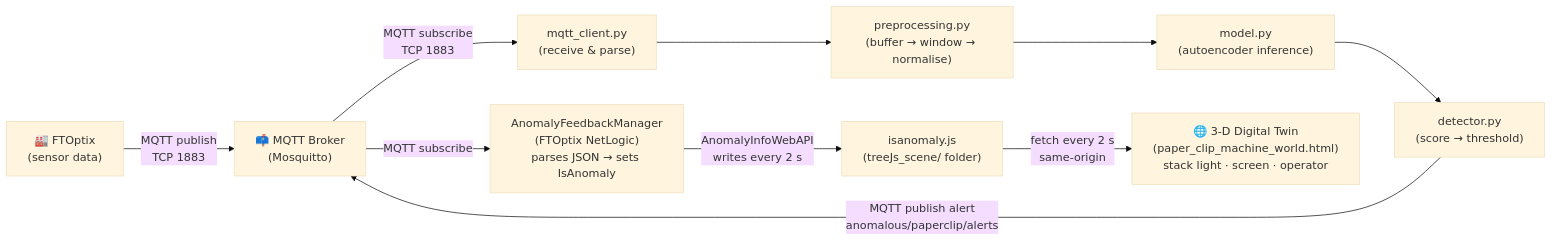
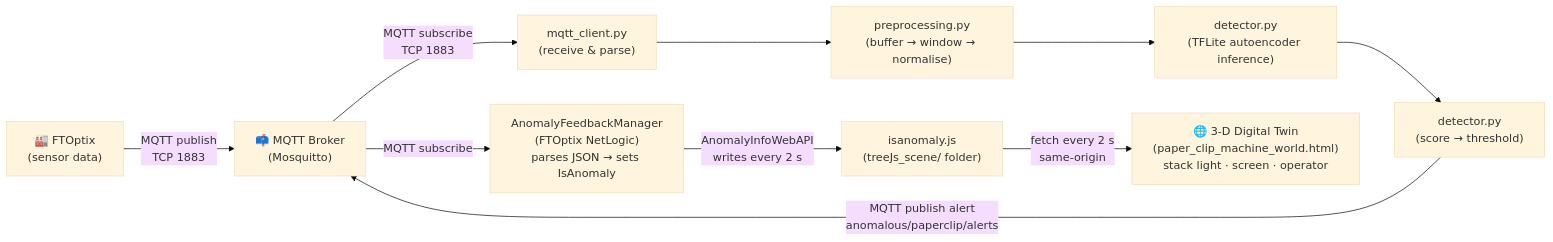
One commit to massimovar/machine_learning_simple_anomaly_detection changed the diagram in README.md. Above: the diagram before and after it, drawn with Mermaid (base theme). The commit also changed other lines of this file and 11 other files, not shown here.

````diff
--- a/README.md
+++ b/README.md
@@ -336,12 +336,12 @@
 ```mermaid
 flowchart LR
     A["🏭 FTOptix\n(sensor data)"] -->|MQTT publish\nTCP 1883| B["📫 MQTT Broker\n(Mosquitto)"]
     B -->|MQTT subscribe\nTCP 1883| C["mqtt_client.py\n(receive & parse)"]
     C --> D["preprocessing.py\n(buffer → window → normalise)"]
-    D --> E["model.py\n(autoencoder inference)"]
+    D --> E["detector.py\n(TFLite autoencoder inference)"]
     E --> F["detector.py\n(score → threshold)"]
     F -->|MQTT publish alert\nanomalous/paperclip/alerts| B
     B -->|MQTT subscribe| G["AnomalyFeedbackManager\n(FTOptix NetLogic)\nparses JSON → sets IsAnomaly"]
     G -->|AnomalyInfoWebAPI\nwrites every 2 s| H["isanomaly.js\n(treeJs_scene/ folder)"]
     H -->|fetch every 2 s\nsame-origin| I["🌐 3-D Digital Twin\n(paper_clip_machine_world.html)\nstack light · screen · operator"]
 ```
````
